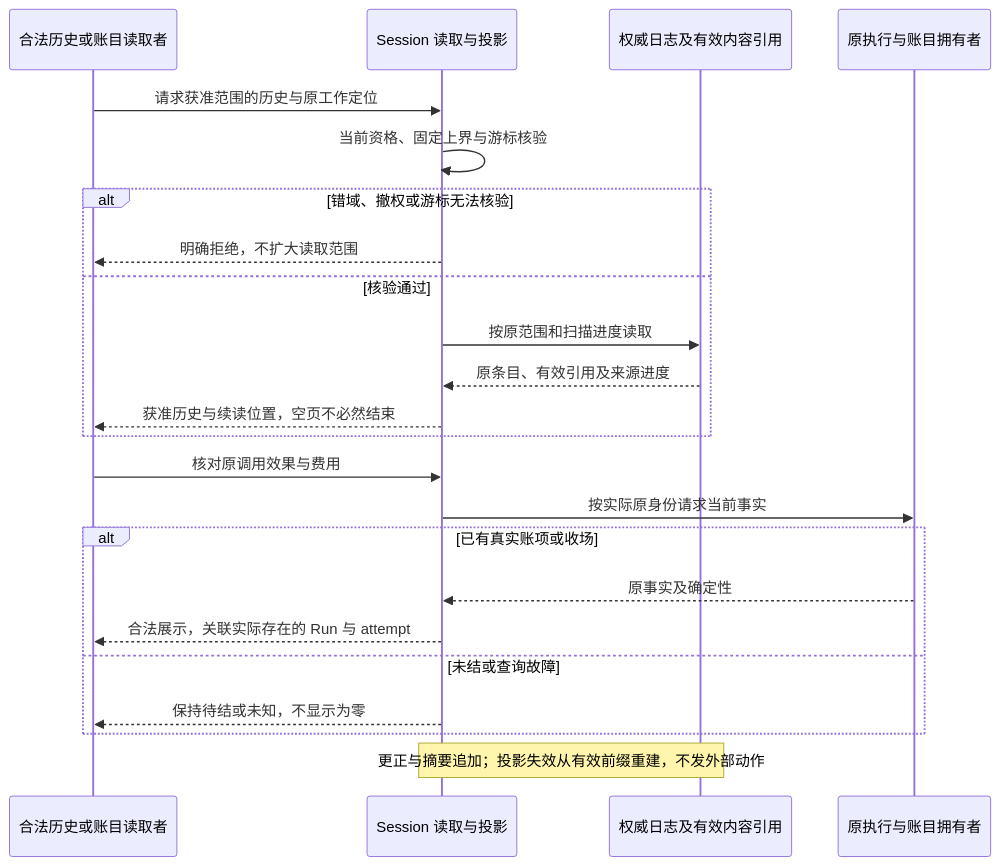
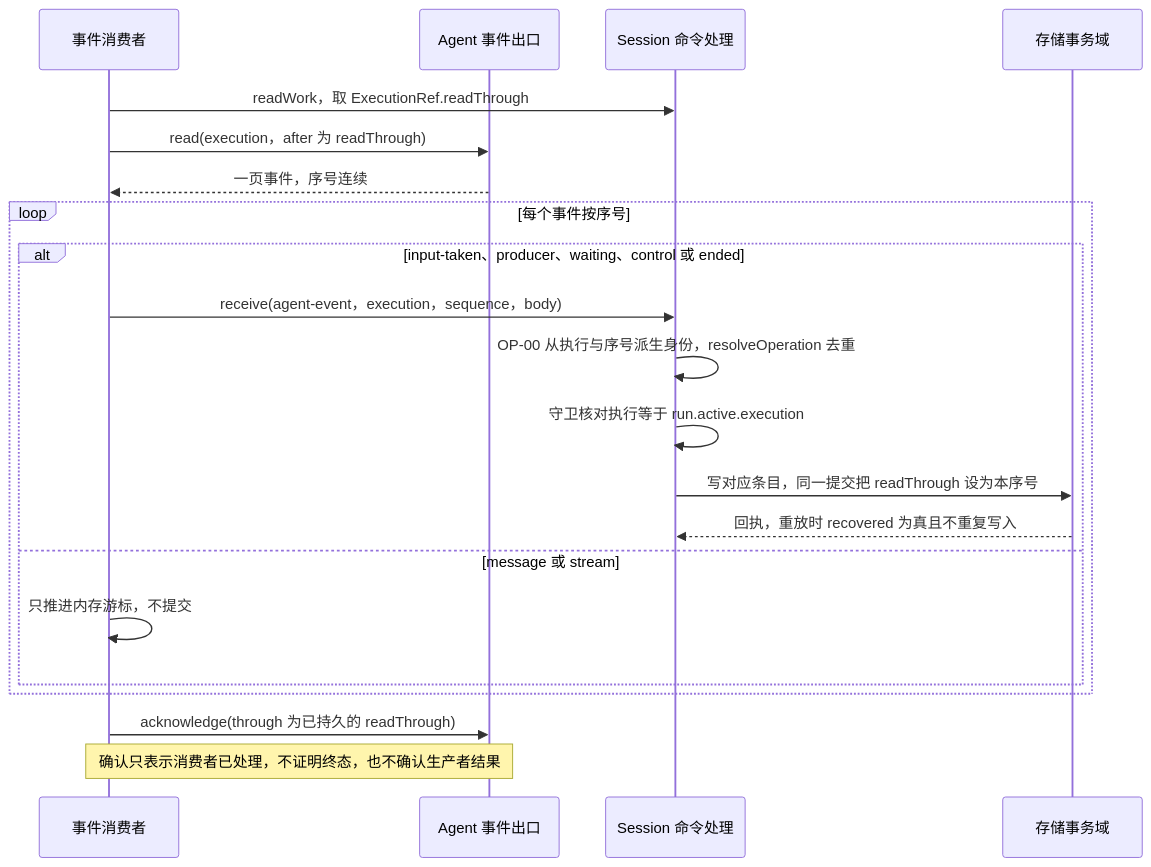
The seventh of 17 diagrams in packages/session/session-contract/docs/flows/scenarios.md (nemori-ai/omne-harness-lite), drawn with Mermaid before and after one commit. The commit also changed other lines of this file and 5 other files, not shown here.

````diff
--- a/packages/session/session-contract/docs/flows/scenarios.md
+++ b/packages/session/session-contract/docs/flows/scenarios.md
@@ -303,25 +313,23 @@
 ```mermaid
 sequenceDiagram
-    participant U as 合法历史或账目读取者
-    participant S as Session 读取与投影
-    participant L as 权威日志及有效内容引用
-    participant O as 原执行与账目拥有者
-    U->>S: 请求获准范围的历史与原工作定位
-    S->>S: 当前资格、固定上界与游标核验
-    alt 错域、撤权或游标无法核验
-        S-->>U: 明确拒绝，不扩大读取范围
-    else 核验通过
-        S->>L: 按原范围和扫描进度读取
-        L-->>S: 原条目、有效引用及来源进度
-        S-->>U: 获准历史与续读位置，空页不必然结束
+    participant E as 事件消费者
+    participant J as Agent 事件出口
+    participant S as Session 命令处理
+    participant D as 存储事务域
+    E->>S: readWork，取 ExecutionRef.readThrough
+    E->>J: read(execution，after 为 readThrough)
+    J-->>E: 一页事件，序号连续
+    loop 每个事件按序号
+        alt input-taken、producer、waiting、control 或 ended
+            E->>S: receive(agent-event，execution，sequence，body)
+            S->>S: OP-00 从执行与序号派生身份，resolveOperation 去重
+            S->>S: 守卫核对执行等于 run.active.execution
+            S->>D: 写对应条目，同一提交把 readThrough 设为本序号
+            D-->>S: 回执，重放时 recovered 为真且不重复写入
+        else message 或 stream
+            E->>E: 只推进内存游标，不提交
+        end
     end
-    U->>S: 核对原调用效果与费用
-    S->>O: 按实际原身份请求当前事实
-    alt 已有真实账项或收场
-        O-->>S: 原事实及确定性
-        S-->>U: 合法展示，关联实际存在的 Run 与 attempt
-    else 未结或查询故障
-        S-->>U: 保持待结或未知，不显示为零
-    end
-    Note over S,L: 更正与摘要追加；投影失效从有效前缀重建，不发外部动作
+    E->>J: acknowledge(through 为已持久的 readThrough)
+    Note over E,J: 确认只表示消费者已处理，不证明终态，也不确认生产者结果
 ```
````
